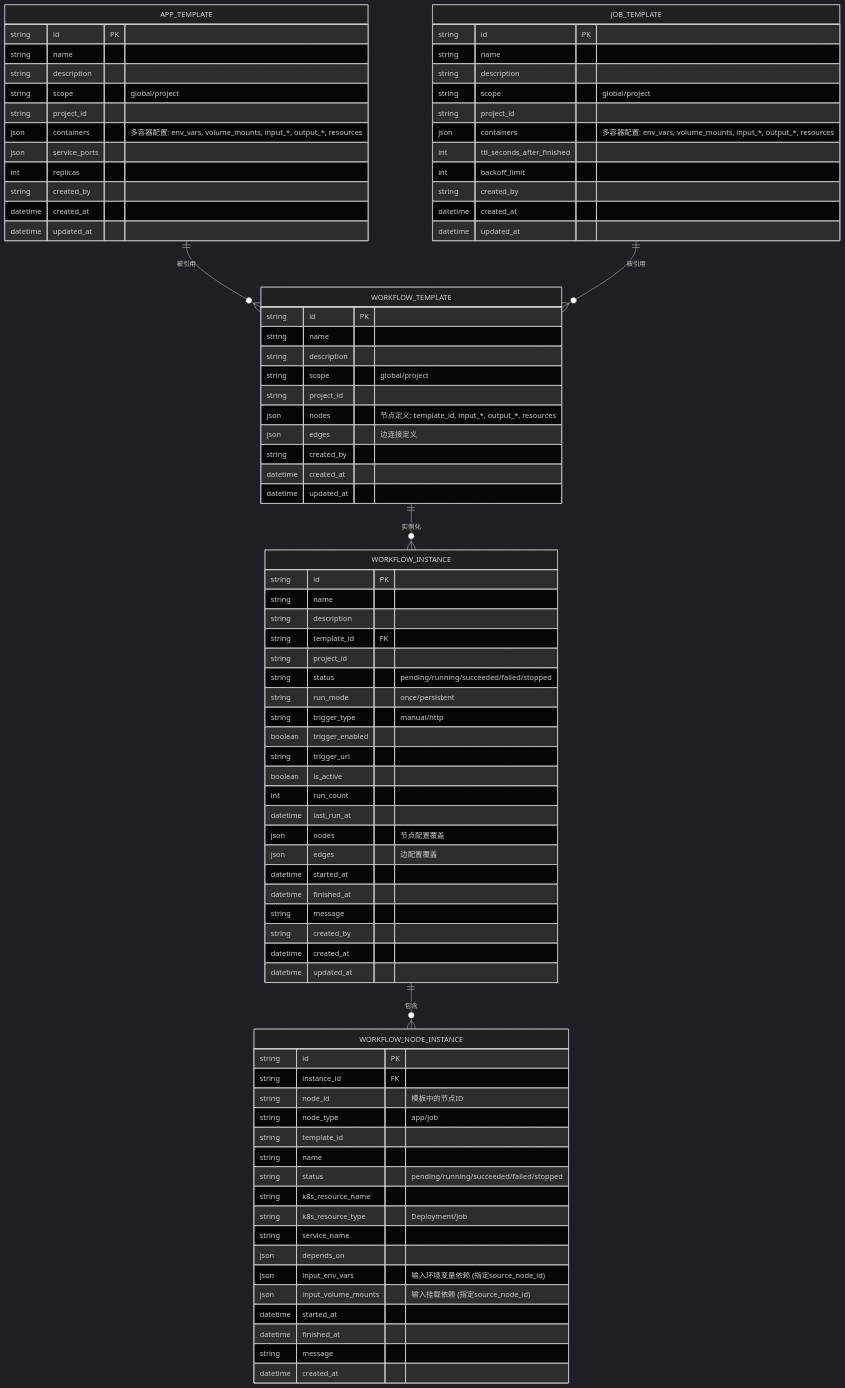
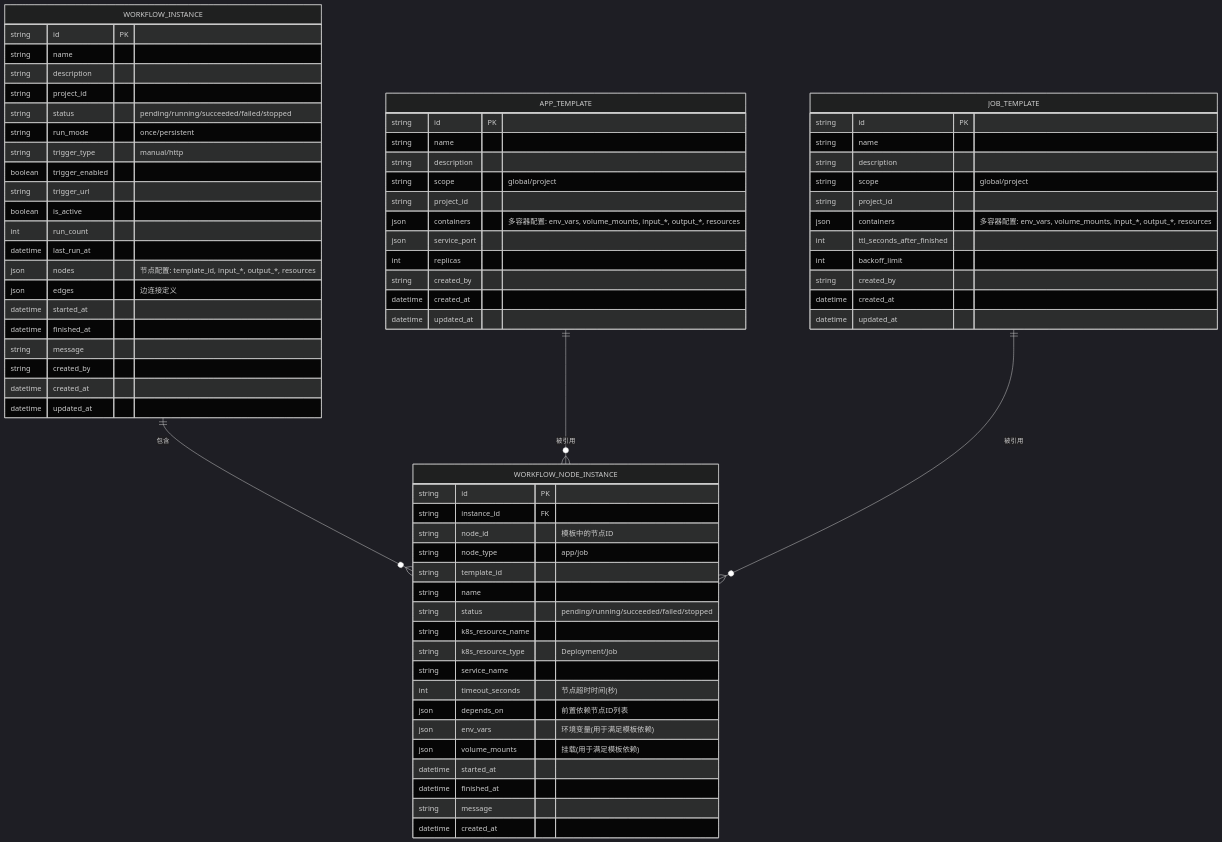
Before and after one commit to runshine/sothoth: the third of 5 diagrams in 13-secflow-service/image_build/secflow-platform-workflow/doc/ARCHITECTURE.md, drawn with Mermaid (dark theme). The commit also changed other lines of this file and 9 other files, not shown here.

````diff
--- a/13-secflow-service/image_build/secflow-platform-workflow/doc/ARCHITECTURE.md
+++ b/13-secflow-service/image_build/secflow-platform-workflow/doc/ARCHITECTURE.md
@@ -116,7 +109,7 @@
         string scope "global/project"
         string project_id
         json containers "多容器配置: env_vars, volume_mounts, input_*, output_*, resources"
-        json service_ports
+        json service_port
         int replicas
         string created_by
         datetime created_at
@@ -137,24 +130,10 @@
         datetime updated_at
     }
 
-    WORKFLOW_TEMPLATE {
-        string id PK
-        string name
-        string description
-        string scope "global/project"
-        string project_id
-        json nodes "节点定义: template_id, input_*, output_*, resources"
-        json edges "边连接定义"
-        string created_by
-        datetime created_at
-        datetime updated_at
-    }
-
     WORKFLOW_INSTANCE {
         string id PK
         string name
         string description
-        string template_id FK
         string project_id
         string status "pending/running/succeeded/failed/stopped"
         string run_mode "once/persistent"
@@ -164,8 +143,8 @@
         boolean is_active
         int run_count
         datetime last_run_at
-        json nodes "节点配置覆盖"
-        json edges "边配置覆盖"
+        json nodes "节点配置: template_id, input_*, output_*, resources"
+        json edges "边连接定义"
         datetime started_at
         datetime finished_at
         string message
@@ -185,17 +164,17 @@
         string k8s_resource_name
         string k8s_resource_type "Deployment/Job"
         string service_name
-        json depends_on
-        json input_env_vars "输入环境变量依赖 (指定source_node_id)"
-        json input_volume_mounts "输入挂载依赖 (指定source_node_id)"
+        int timeout_seconds "节点超时时间(秒)"
+        json depends_on "前置依赖节点ID列表"
+        json env_vars "环境变量(用于满足模板依赖)"
+        json volume_mounts "挂载(用于满足模板依赖)"
         datetime started_at
         datetime finished_at
         string message
         datetime created_at
     }
 
-    WORKFLOW_TEMPLATE ||--o{ WORKFLOW_INSTANCE : "实例化"
     WORKFLOW_INSTANCE ||--o{ WORKFLOW_NODE_INSTANCE : "包含"
-    APP_TEMPLATE ||--o{ WORKFLOW_TEMPLATE : "被引用"
-    JOB_TEMPLATE ||--o{ WORKFLOW_TEMPLATE : "被引用"
+    APP_TEMPLATE ||--o{ WORKFLOW_NODE_INSTANCE : "被引用"
+    JOB_TEMPLATE ||--o{ WORKFLOW_NODE_INSTANCE : "被引用"
 ```
````
